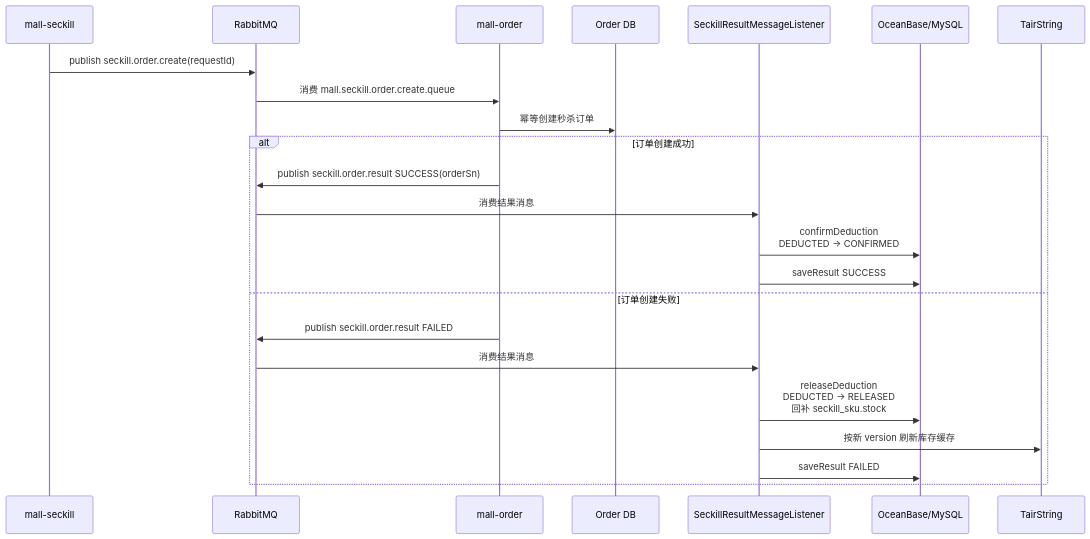
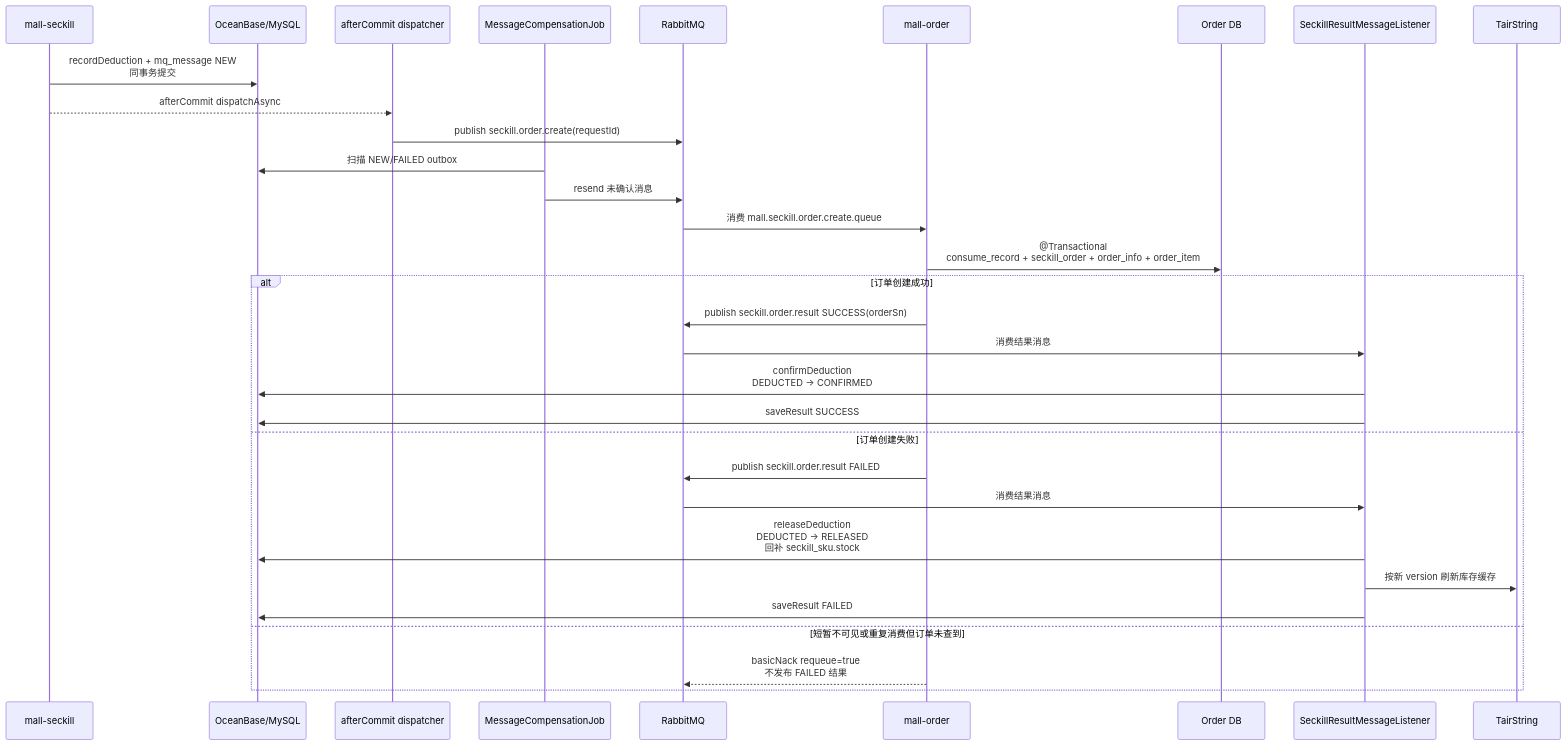
The fourth of 6 diagrams in docs/seckill-current-architecture-flow.md (fenglingyidong/mall), drawn with Mermaid before and after one commit. The commit also changed other lines of this file and 40 other files, not shown here.

````diff
--- a/docs/seckill-current-architecture-flow.md
+++ b/docs/seckill-current-architecture-flow.md
@@ -192,26 +217,34 @@
 ```mermaid
 sequenceDiagram
     participant S as mall-seckill
+    participant OB as OceanBase/MySQL
+    participant D as afterCommit dispatcher
+    participant C as MessageCompensationJob
     participant MQ as RabbitMQ
     participant O as mall-order
     participant DB as Order DB
     participant R as SeckillResultMessageListener
-    participant OB as OceanBase/MySQL
     participant T as TairString
 
-    S->>MQ: publish seckill.order.create(requestId)
+    S->>OB: recordDeduction + mq_message NEW<br/>同事务提交
+    S-->>D: afterCommit dispatchAsync
+    D->>MQ: publish seckill.order.create(requestId)
+    C->>OB: 扫描 NEW/FAILED outbox
+    C->>MQ: resend 未确认消息
     MQ->>O: 消费 mall.seckill.order.create.queue
-    O->>DB: 幂等创建秒杀订单
+    O->>DB: @Transactional<br/>consume_record + seckill_order + order_info + order_item
     alt 订单创建成功
         O->>MQ: publish seckill.order.result SUCCESS(orderSn)
         MQ->>R: 消费结果消息
         R->>OB: confirmDeduction<br/>DEDUCTED -> CONFIRMED
         R->>OB: saveResult SUCCESS
     else 订单创建失败
         O->>MQ: publish seckill.order.result FAILED
         MQ->>R: 消费结果消息
         R->>OB: releaseDeduction<br/>DEDUCTED -> RELEASED<br/>回补 seckill_sku.stock
         R->>T: 按新 version 刷新库存缓存
         R->>OB: saveResult FAILED
+    else 短暂不可见或重复消费但订单未查到
+        O-->>MQ: basicNack requeue=true<br/>不发布 FAILED 结果
     end
 ```
````
